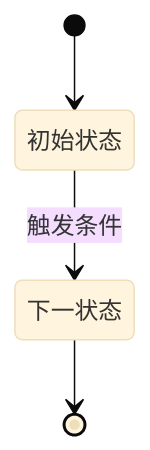
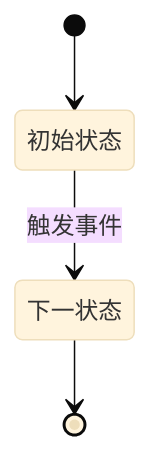
One commit to liuxiaokang39-ctrl/From-Issue-To-PR-Plugin changed the diagram in skills/dev-doc-writer/assets/flowchart-template.md. Above: the diagram before and after it, drawn with Mermaid (base theme). The commit also changed other lines of this file and 3 other files, not shown here.

````diff
--- a/skills/dev-doc-writer/assets/flowchart-template.md
+++ b/skills/dev-doc-writer/assets/flowchart-template.md
@@ -9,6 +17,6 @@
 ```mermaid
 stateDiagram-v2
     [*] --> 初始状态
-    初始状态 --> 下一状态: 触发条件
+    初始状态 --> 下一状态: 触发事件
     下一状态 --> [*]
 ```
````
